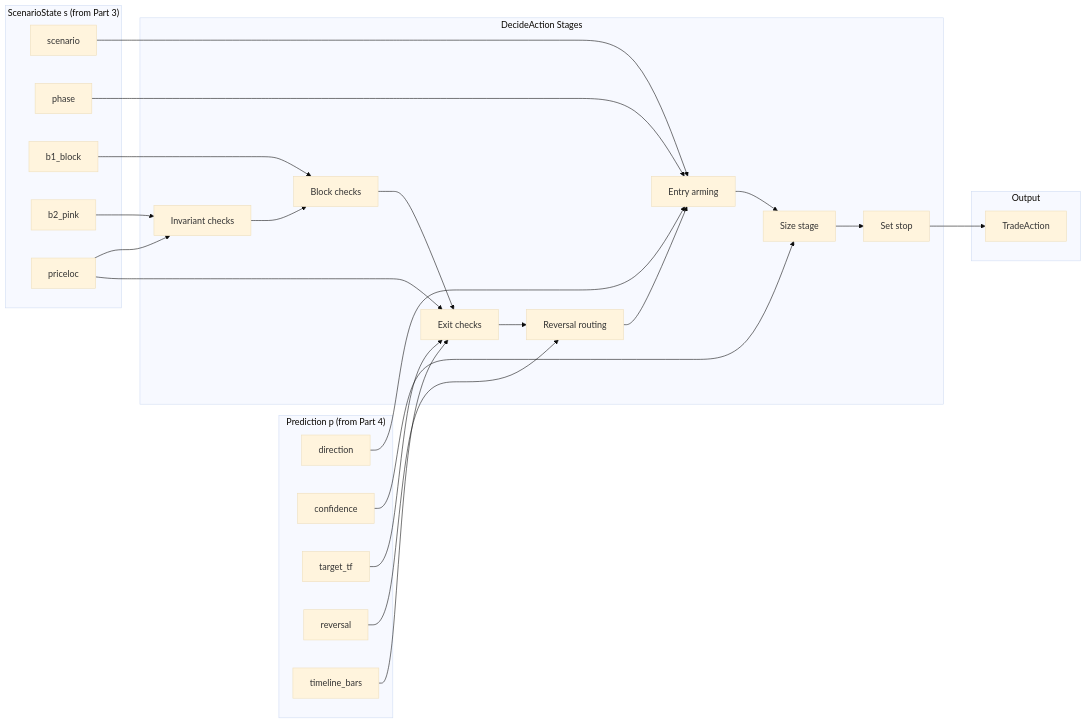
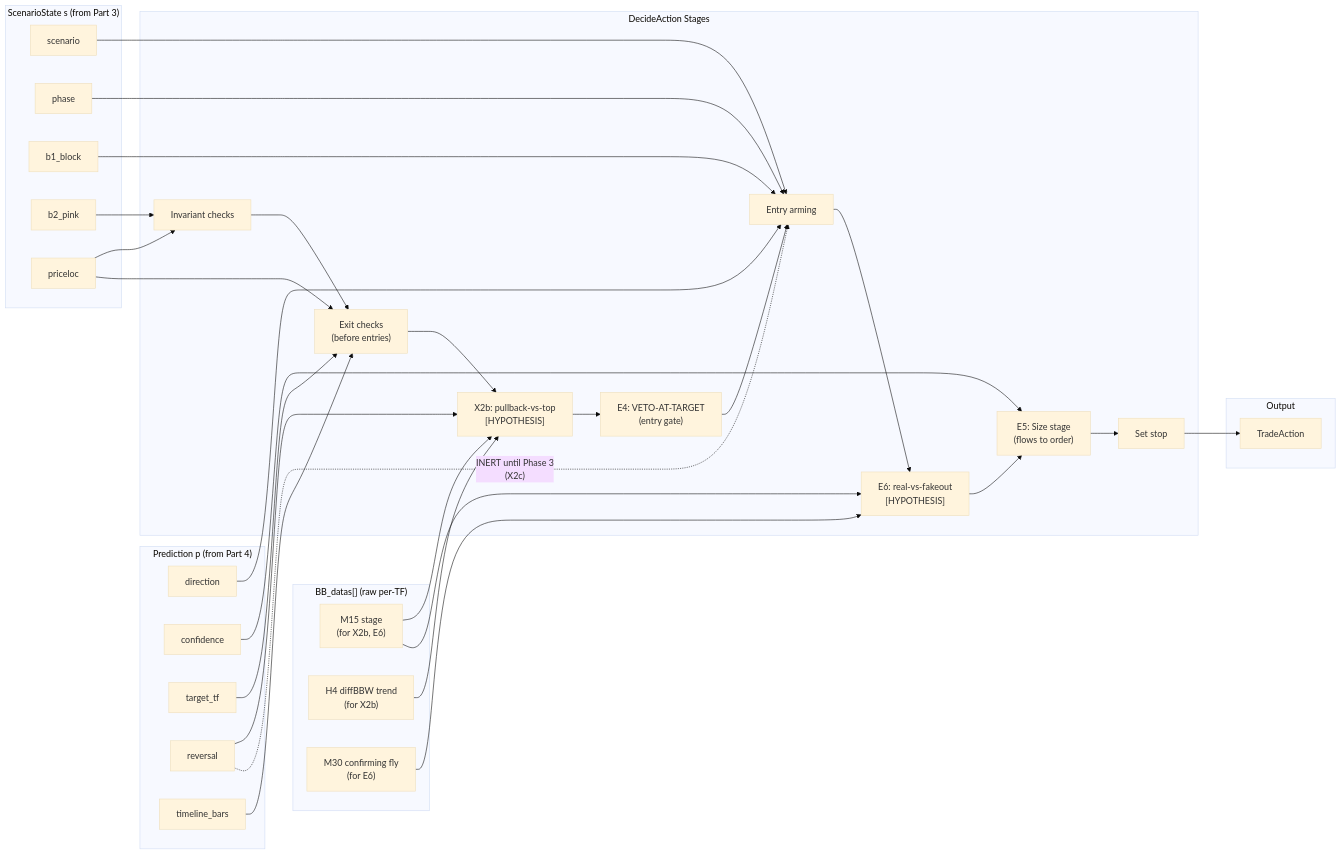
One commit to Terrypang89/BB_MTF_M15_STRATEGY changed diagram 13 of 19 in references/ARCHITECTURE.md. Above: the diagram before and after it, drawn with Mermaid (base theme). The commit also changed other lines of this file, not shown here.

First line of the commit message:
Update ARCHITECTURE.md Part 5 — full entry+exit design from April 1 finding

````diff
--- a/references/ARCHITECTURE.md
+++ b/references/ARCHITECTURE.md
@@ -775,51 +775,64 @@
 ```mermaid
 flowchart LR
     subgraph P4["Prediction p (from Part 4)"]
         dir["direction"]
         conf["confidence"]
         tgt["target_tf"]
         rev["reversal"]
         tl["timeline_bars"]
     end
 
     subgraph P3["ScenarioState s (from Part 3)"]
         sc["scenario"]
         ph["phase"]
         b1["b1_block"]
         b2["b2_pink"]
         pl["priceloc"]
     end
 
+    subgraph BB["BB_datas[] (raw per-TF)"]
+        m15st["M15 stage<br/>(for X2b, E6)"]
+        h4dbbw["H4 diffBBW trend<br/>(for X2b)"]
+        m30fly["M30 confirming fly<br/>(for E6)"]
+    end
+
     subgraph STAGES["DecideAction Stages"]
         Inv["Invariant checks"]
-        Blk["Block checks"]
-        Exi["Exit checks"]
-        RevR["Reversal routing"]
+        Exi["Exit checks<br/>(before entries)"]
+        X2bNode["X2b: pullback-vs-top<br/>[HYPOTHESIS]"]
+        E4Node["E4: VETO-AT-TARGET<br/>(entry gate)"]
         Arm["Entry arming"]
-        Siz["Size stage"]
+        E6Node["E6: real-vs-fakeout<br/>[HYPOTHESIS]"]
+        Siz["E5: Size stage<br/>(flows to order)"]
         Stp["Set stop"]
     end
 
     subgraph OUT["Output"]
         TA["TradeAction"]
     end
 
     dir --> Arm
     conf --> Siz
     tgt --> Exi
-    rev --> RevR
+    rev --> X2bNode
+    rev -.->|"INERT until Phase 3<br/>(X2c)"| Arm
     tl --> Exi
     sc --> Arm
     ph --> Arm
-    b1 --> Blk
+    b1 --> Arm
     b2 --> Inv
     pl --> Inv
     pl --> Exi
-    Inv --> Blk
-    Blk --> Exi
-    Exi --> RevR
-    RevR --> Arm
-    Arm --> Siz
+    m15st --> X2bNode
+    m15st --> E6Node
+    h4dbbw --> X2bNode
+    m30fly --> E6Node
+    Inv --> Exi
+    Exi --> X2bNode
+    X2bNode --> E4Node
+    E4Node --> Arm
+    Arm --> E6Node
+    E6Node --> Siz
     Siz --> Stp
     Stp --> TA
 ```
````
